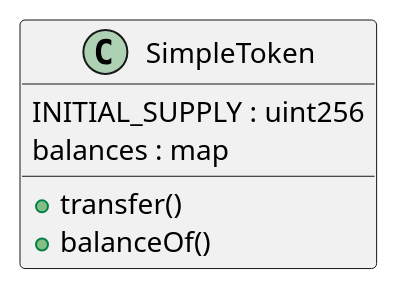
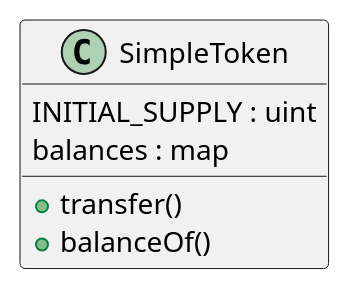
One commit to gasolin/learndapp changed the first of 3 diagrams in create-a-crypto-token.md. Above: the diagram before and after it, drawn with PlantUML. The commit also changed other lines of this file and 25 other files, not shown here.

```diff
--- a/create-a-crypto-token.md
+++ b/create-a-crypto-token.md
@@ -62,8 +62,8 @@
 {% plantuml %}
 class SimpleToken {
-  INITIAL_SUPPLY : uint256
+  INITIAL_SUPPLY : uint
   balances : map
 + transfer()
 + balanceOf()
 }
 {% endplantuml %}
```
